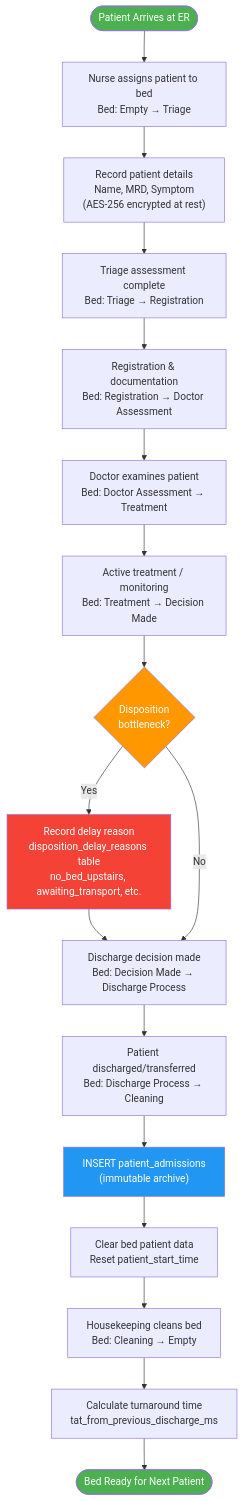
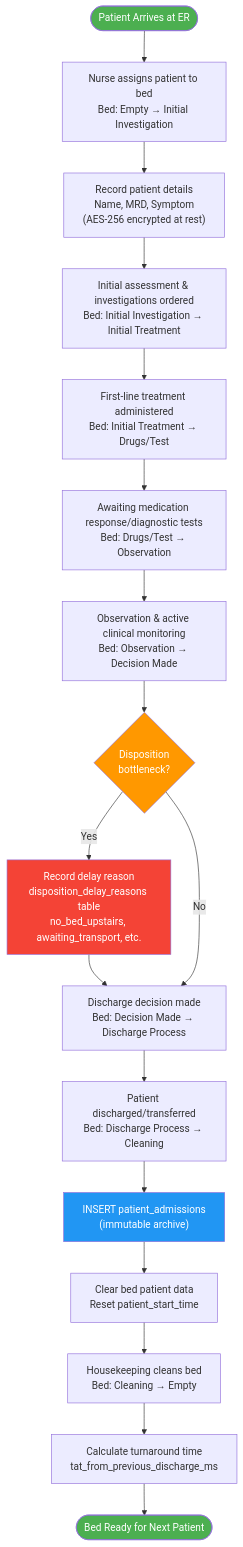
One commit to somuyakhandelwal/EWTCS changed the second of 8 diagrams in docs/DATA_FLOW.md. Above: the diagram before and after it, drawn with Mermaid. The commit also changed other lines of this file and 45 other files, not shown here.

Commit message:
feat(er): remove triage from ER bed workflow

````diff
--- a/docs/DATA_FLOW.md
+++ b/docs/DATA_FLOW.md
@@ -74,48 +74,48 @@
 ```mermaid
 flowchart TD
     Start(["Patient Arrives at ER"])
     
-    A["Nurse assigns patient to bed<br/>Bed: Empty → Triage"]
+    A["Nurse assigns patient to bed<br/>Bed: Empty → Initial Investigation"]
     B["Record patient details<br/>Name, MRD, Symptom<br/>(AES-256 encrypted at rest)"]
-    C["Triage assessment complete<br/>Bed: Triage → Registration"]
-    D["Registration & documentation<br/>Bed: Registration → Doctor Assessment"]
-    E["Doctor examines patient<br/>Bed: Doctor Assessment → Treatment"]
-    F["Active treatment / monitoring<br/>Bed: Treatment → Decision Made"]
+    C["Initial assessment & investigations ordered<br/>Bed: Initial Investigation → Initial Treatment"]
+    D["First-line treatment administered<br/>Bed: Initial Treatment → Drugs/Test"]
+    E["Awaiting medication response/diagnostic tests<br/>Bed: Drugs/Test → Observation"]
+    F["Observation & active clinical monitoring<br/>Bed: Observation → Decision Made"]
     
     G{"Disposition<br/>bottleneck?"}
     G1["Record delay reason<br/>disposition_delay_reasons table<br/>no_bed_upstairs, awaiting_transport, etc."]
     
     H["Discharge decision made<br/>Bed: Decision Made → Discharge Process"]
     I["Patient discharged/transferred<br/>Bed: Discharge Process → Cleaning"]
     
     J["INSERT patient_admissions<br/>(immutable archive)"]
     K["Clear bed patient data<br/>Reset patient_start_time"]
     
     L["Housekeeping cleans bed<br/>Bed: Cleaning → Empty"]
     M["Calculate turnaround time<br/>tat_from_previous_discharge_ms"]
     
     End(["Bed Ready for Next Patient"])
 
     Start --> A
     A --> B
     B --> C
     C --> D
     D --> E
     E --> F
     F --> G
     G -->|Yes| G1
     G1 --> H
     G -->|No| H
     H --> I
     I --> J
     J --> K
     K --> L
     L --> M
     M --> End
 
     style Start fill:#4CAF50,color:#fff
     style End fill:#4CAF50,color:#fff
     style G fill:#FF9800,color:#fff
     style G1 fill:#f44336,color:#fff
     style J fill:#2196F3,color:#fff
 ```
````
